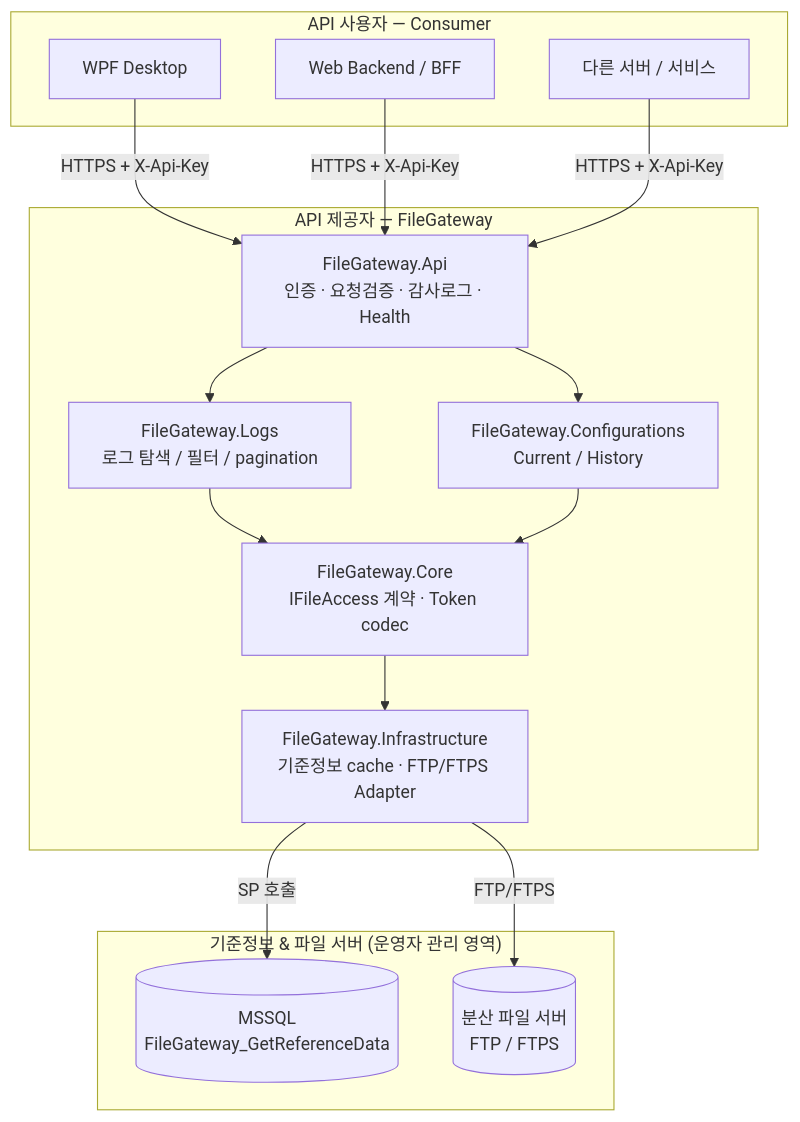
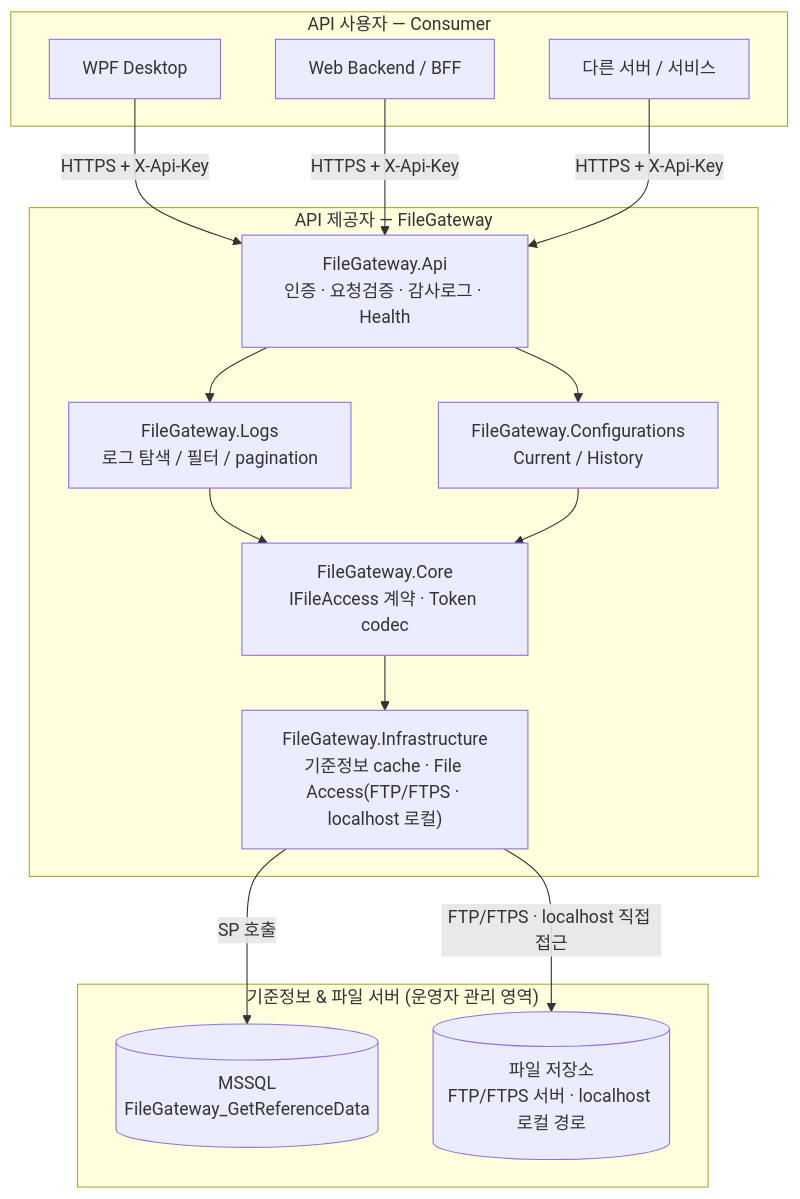
Before and after one commit to hjung3113/FileGateway: the first of 5 diagrams in README.md, drawn with Mermaid. The commit also changed other lines of this file and 2 other files, not shown here.

First line of the commit message:
docs: reflect localhost local file access in README and architecture docs

````diff
--- a/README.md
+++ b/README.md
@@ -17,32 +17,32 @@
 ```mermaid
 flowchart TB
     subgraph Consumers["API 사용자 — Consumer"]
         WPF["WPF Desktop"]
         BFF["Web Backend / BFF"]
         OtherSvc["다른 서버 / 서비스"]
     end
 
     subgraph Gateway["API 제공자 — FileGateway"]
         API["FileGateway.Api<br/>인증 · 요청검증 · 감사로그 · Health"]
         Logs["FileGateway.Logs<br/>로그 탐색 / 필터 / pagination"]
         Cfg["FileGateway.Configurations<br/>Current / History"]
         Core["FileGateway.Core<br/>IFileAccess 계약 · Token codec"]
-        Infra["FileGateway.Infrastructure<br/>기준정보 cache · FTP/FTPS Adapter"]
+        Infra["FileGateway.Infrastructure<br/>기준정보 cache · File Access(FTP/FTPS · localhost 로컬)"]
     end
 
     subgraph Backend["기준정보 & 파일 서버 (운영자 관리 영역)"]
         MSSQL[("MSSQL<br/>FileGateway_GetReferenceData")]
-        FS[("분산 파일 서버<br/>FTP / FTPS")]
+        FS[("파일 저장소<br/>FTP/FTPS 서버 · localhost 로컬 경로")]
     end
 
     WPF -- "HTTPS + X-Api-Key" --> API
     BFF -- "HTTPS + X-Api-Key" --> API
     OtherSvc -- "HTTPS + X-Api-Key" --> API
     API --> Logs
     API --> Cfg
     Logs --> Core
     Cfg --> Core
     Core --> Infra
     Infra -- "SP 호출" --> MSSQL
-    Infra -- "FTP/FTPS" --> FS
+    Infra -- "FTP/FTPS · localhost 직접 접근" --> FS
 ```
````
